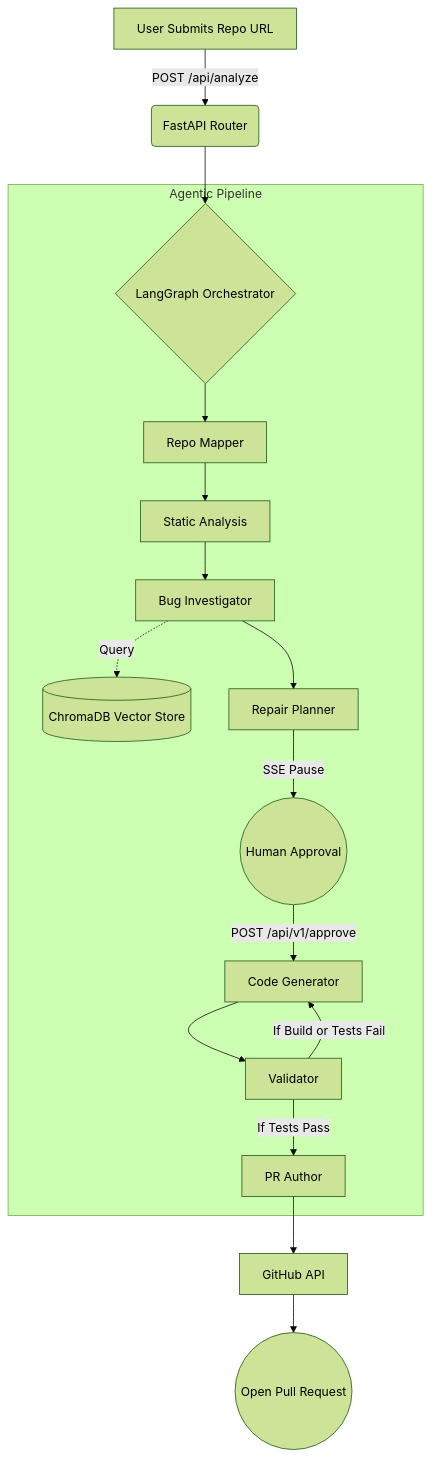
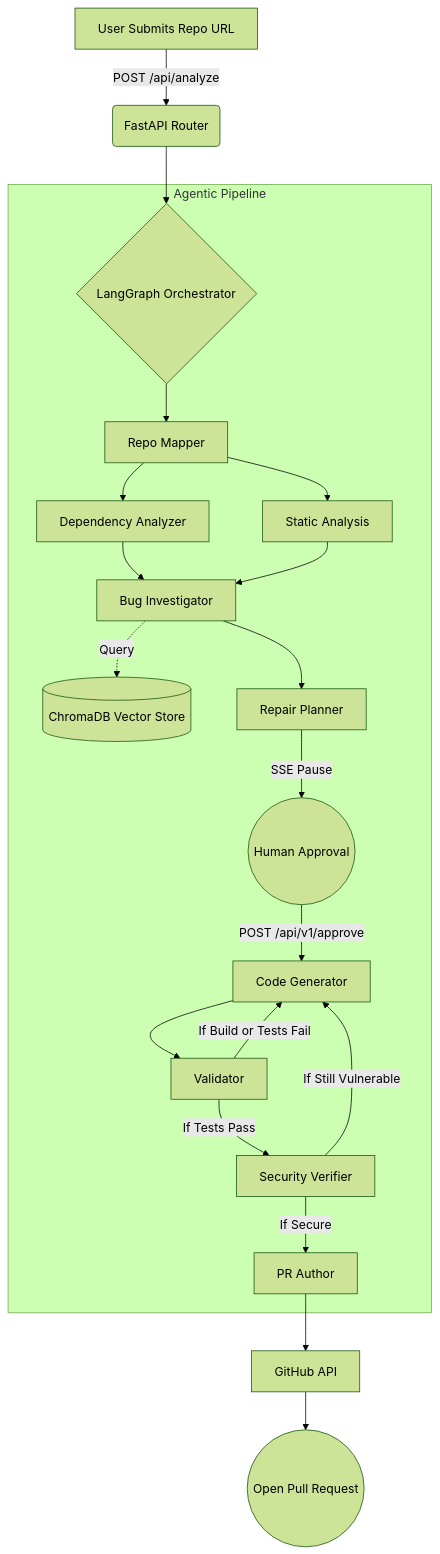
One commit to udarshcodes/codesentinel changed the diagram in README.md. Above: the diagram before and after it, drawn with Mermaid (forest theme). The commit also changed other lines of this file, not shown here.

````diff
--- a/README.md
+++ b/README.md
@@ -59,21 +59,25 @@
 ```mermaid
 graph TD
     A[User Submits Repo URL] -->|POST /api/analyze| B(FastAPI Router)
     B --> C{LangGraph Orchestrator}
     
     subgraph Agentic Pipeline
     C --> D[Repo Mapper]
-    D --> E[Static Analysis]
-    E --> F[Bug Investigator]
+    D --> DA[Dependency Analyzer]
+    D --> SA[Static Analysis]
+    DA --> F[Bug Investigator]
+    SA --> F
     F -.->|Query| G[(ChromaDB Vector Store)]
     F --> H[Repair Planner]
     H -->|SSE Pause| I((Human Approval))
     I -->|POST /api/v1/approve| J[Code Generator]
     J --> K[Validator]
     K -->|If Build or Tests Fail| J
-    K -->|If Tests Pass| L[PR Author]
+    K -->|If Tests Pass| SV[Security Verifier]
+    SV -->|If Still Vulnerable| J
+    SV -->|If Secure| L[PR Author]
     end
     
     L --> M[GitHub API]
     M --> N((Open Pull Request))
 ```
````
